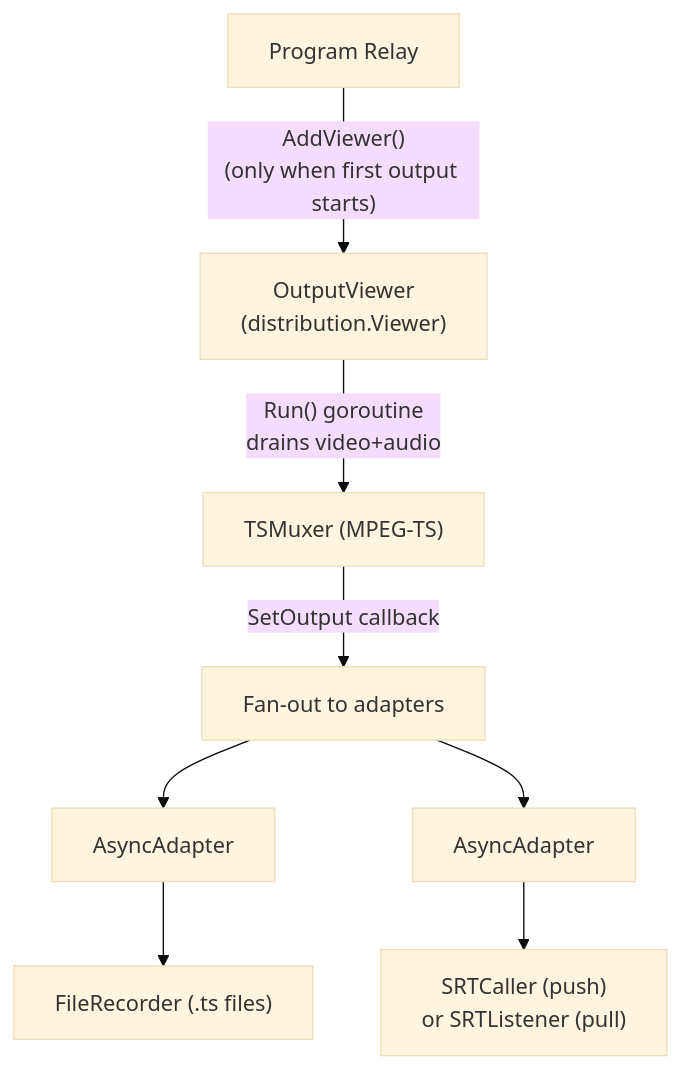
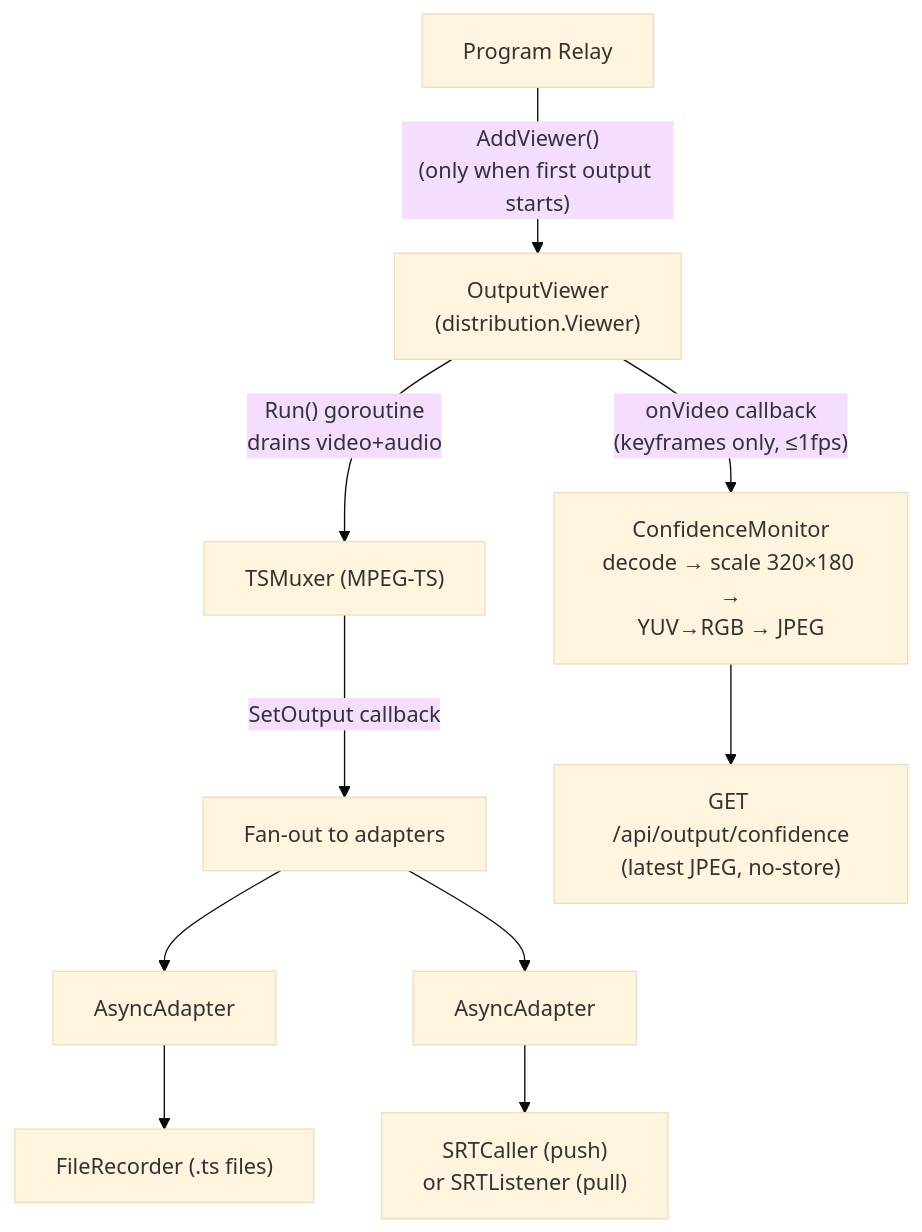
One commit to zsiec/switchframe changed the seventh of 22 diagrams in docs/architecture.md. Above: the diagram before and after it, drawn with Mermaid (base theme). The commit also changed other lines of this file and 3 other files, not shown here.

````diff
--- a/docs/architecture.md
+++ b/docs/architecture.md
@@ -323,8 +338,10 @@
 ```mermaid
 flowchart TD
     pr["Program Relay"] -->|"AddViewer()<br/>(only when first output starts)"| ov["OutputViewer<br/>(distribution.Viewer)"]
     ov -->|"Run() goroutine<br/>drains video+audio"| mux["TSMuxer (MPEG-TS)"]
+    ov -->|"onVideo callback<br/>(keyframes only, ≤1fps)"| conf["ConfidenceMonitor<br/>decode → scale 320×180 →<br/>YUV→RGB → JPEG"]
     mux -->|"SetOutput callback"| fanout["Fan-out to adapters"]
     fanout --> aa1["AsyncAdapter"] --> rec["FileRecorder (.ts files)"]
     fanout --> aa2["AsyncAdapter"] --> srt["SRTCaller (push)<br/>or SRTListener (pull)"]
+    conf --> thumb["GET /api/output/confidence<br/>(latest JPEG, no-store)"]
 ```
````
